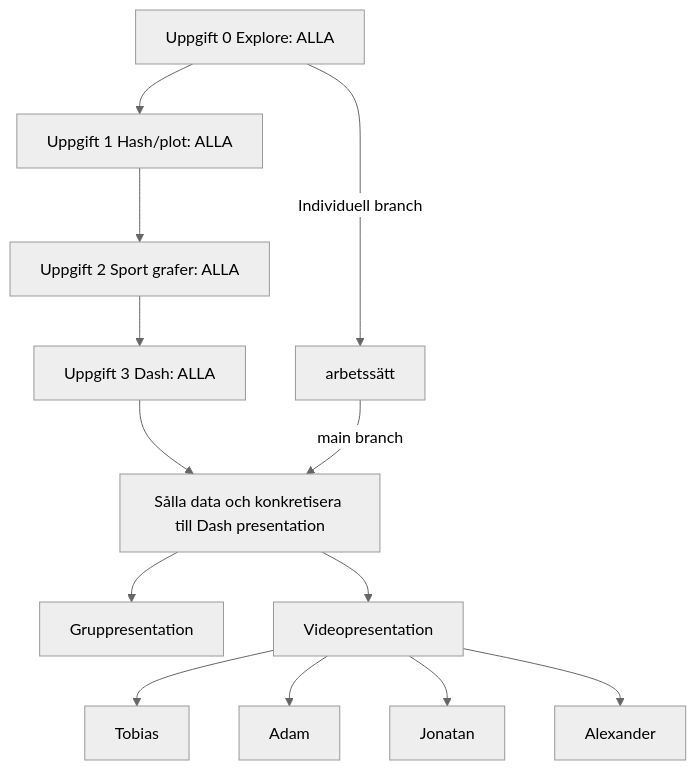
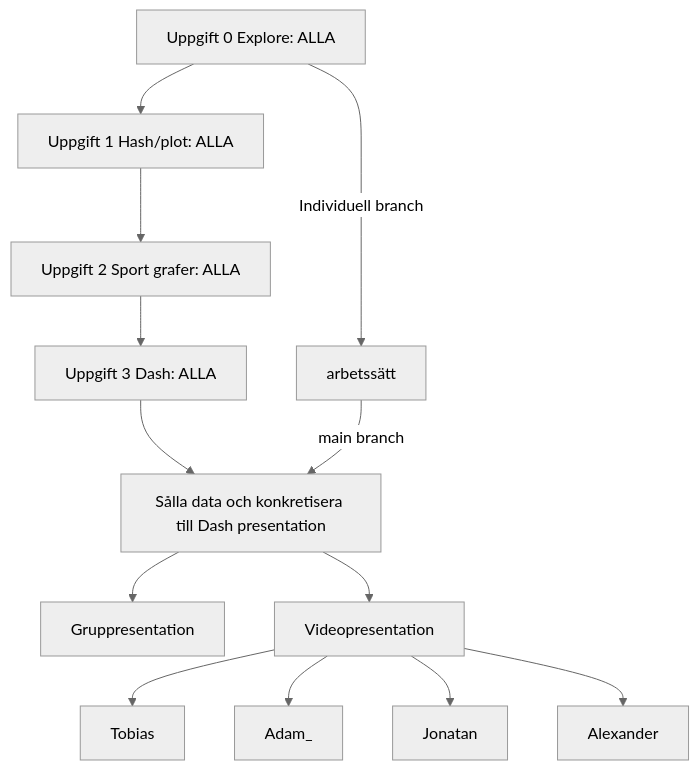
Before and after one commit to zoneme99/Project-OS: the diagram in flowchart.md, drawn with Mermaid (neutral theme).

````diff
--- a/flowchart.md
+++ b/flowchart.md
@@ -1,17 +1,17 @@
 ```mermaid
 graph TD
 0[Uppgift 0 Explore: ALLA] --> 1[Uppgift 1 Hash/plot: ALLA]
 1 --> 2[Uppgift 2 Sport grafer: ALLA]
 2 --> 3[Uppgift 3 Dash: ALLA]
 3 --> 4[Sålla data och konkretisera till Dash presentation]
 4 --> 5[Gruppresentation]
 4 --> 6[Videopresentation]
 6 --> Tobias
-6 --> Adam
+6 --> Adam_
 6 --> Jonatan
 6 --> Alexander
 
 0-- Individuell branch -->arbetssätt
 arbetssätt-- main branch -->4
 
 ```
````
